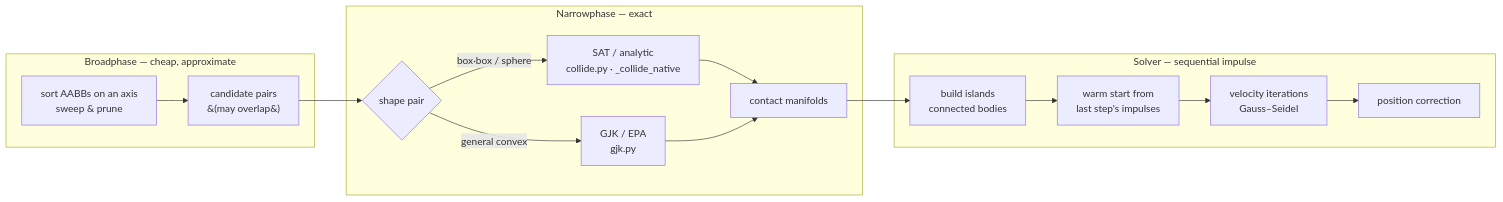
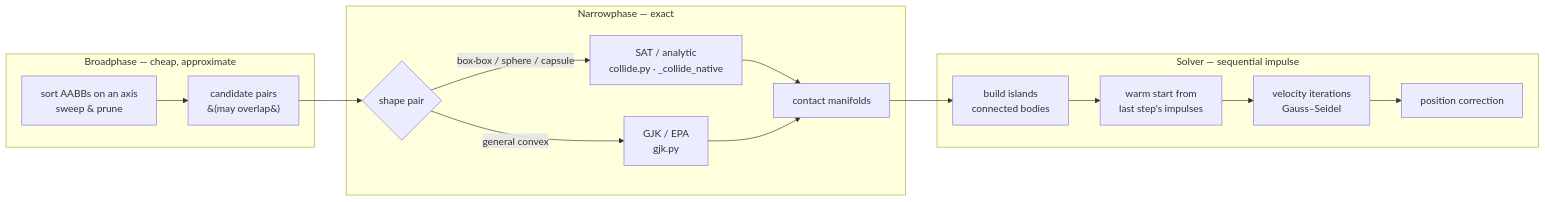
One commit to mcfletch/omi_physics changed the third of 3 diagrams in docs/PIPELINE.md. Above: the diagram before and after it, drawn with Mermaid. The commit also changed other lines of this file and 3 other files, not shown here.

First line of the commit message:
COLLIDE Analytic capsule-capsule and capsule-sphere contacts

````diff
--- a/docs/PIPELINE.md
+++ b/docs/PIPELINE.md
@@ -81,19 +81,19 @@
 ```mermaid
 flowchart LR
     subgraph broad["Broadphase — cheap, approximate"]
         SAP[sort AABBs on an axis<br/>sweep &amp; prune] --> CAND[candidate pairs<br/>&#40;may overlap&#41;]
     end
     subgraph narrow["Narrowphase — exact"]
         CAND --> ROUTE{shape pair}
-        ROUTE -->|box·box / sphere| FAST[SAT / analytic<br/>collide.py · _collide_native]
+        ROUTE -->|box·box / sphere / capsule| FAST[SAT / analytic<br/>collide.py · _collide_native]
         ROUTE -->|general convex| GJK[GJK / EPA<br/>gjk.py]
         FAST --> MAN[contact manifolds]
         GJK --> MAN
     end
     subgraph solve["Solver — sequential impulse"]
         MAN --> ISL[build islands<br/>connected bodies]
         ISL --> WS[warm start from<br/>last step's impulses]
         WS --> VI[velocity iterations<br/>Gauss–Seidel]
         VI --> PC[position correction]
     end
 ```
````
